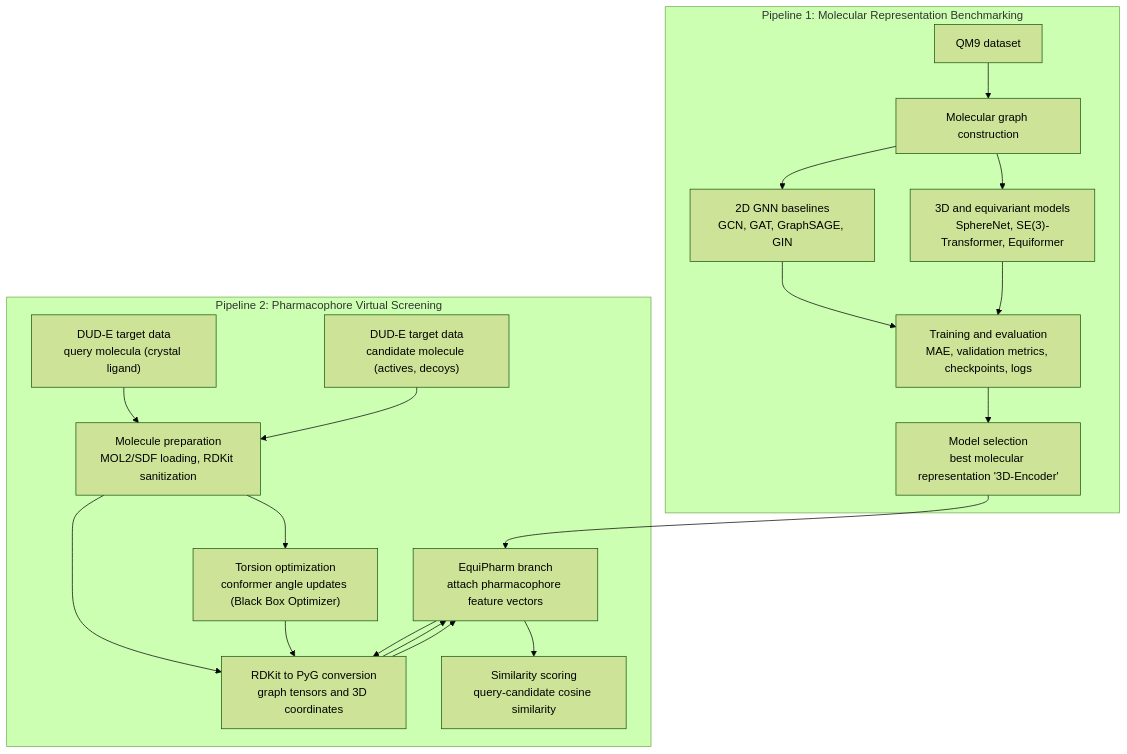
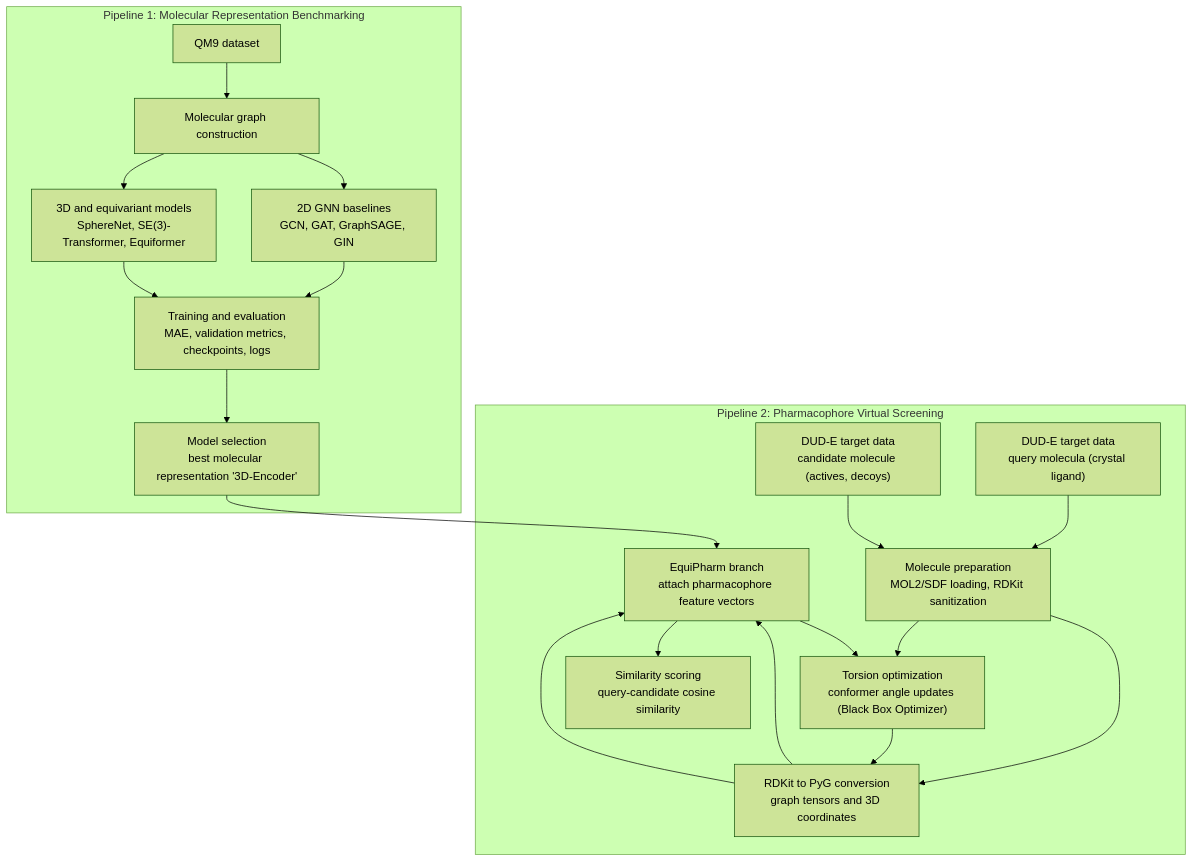
One commit to ismail7CAa/EquiPharm changed the diagram in README.md. Above: the diagram before and after it, drawn with Mermaid (forest theme).

Commit message:
README.md

````diff
--- a/README.md
+++ b/README.md
@@ -5,41 +5,41 @@
 ```mermaid
 flowchart TB
   subgraph B["Pipeline 1: Molecular Representation Benchmarking"]
     B1["QM9 dataset"]
     B2["Molecular graph construction"]
     B3["2D GNN baselines<br/>GCN, GAT, GraphSAGE, GIN"]
     B4["3D and equivariant models<br/>SphereNet, SE(3)-Transformer, Equiformer"]
     B5["Training and evaluation<br/>MAE, validation metrics, checkpoints, logs"]
     B6["Model selection<br/>best molecular representation '3D-Encoder'"]
 
     B1 --> B2
     B2 --> B3
     B2 --> B4
     B3 --> B5
     B4 --> B5
     B5 --> B6
   end
 
   subgraph P["Pipeline 2: Pharmacophore Virtual Screening"]
     P1["DUD-E target data<br/>query molecula (crystal ligand)"]
     P2["DUD-E target data<br/>candidate molecule (actives, decoys)"]
     P3["Molecule preparation<br/>MOL2/SDF loading, RDKit sanitization"]
     P4["Torsion optimization<br/>conformer angle updates (Black Box Optimizer)"]
     P5["RDKit to PyG conversion<br/>graph tensors and 3D coordinates"]
     P6["EquiPharm branch<br/>attach pharmacophore feature vectors"]
     P7["Similarity scoring<br/>query-candidate cosine similarity"]
 
     P1 --> P3
     P2 --> P3
     P3 --> P4
     P3 --> P5
     P4 --> P5
     P5 --> P6
     P5 --> P6
     P6 --> P7
-    P6 --> P5
+    P6 --> P4
     
   end
 
   B6 --> P6
 ```
````
